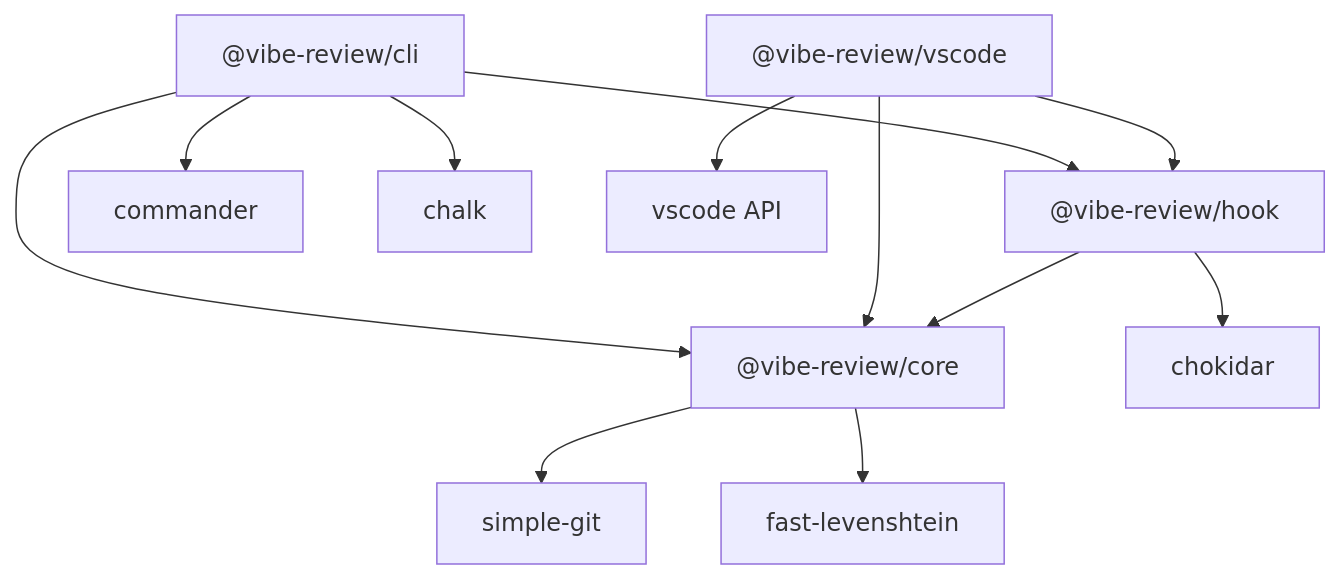
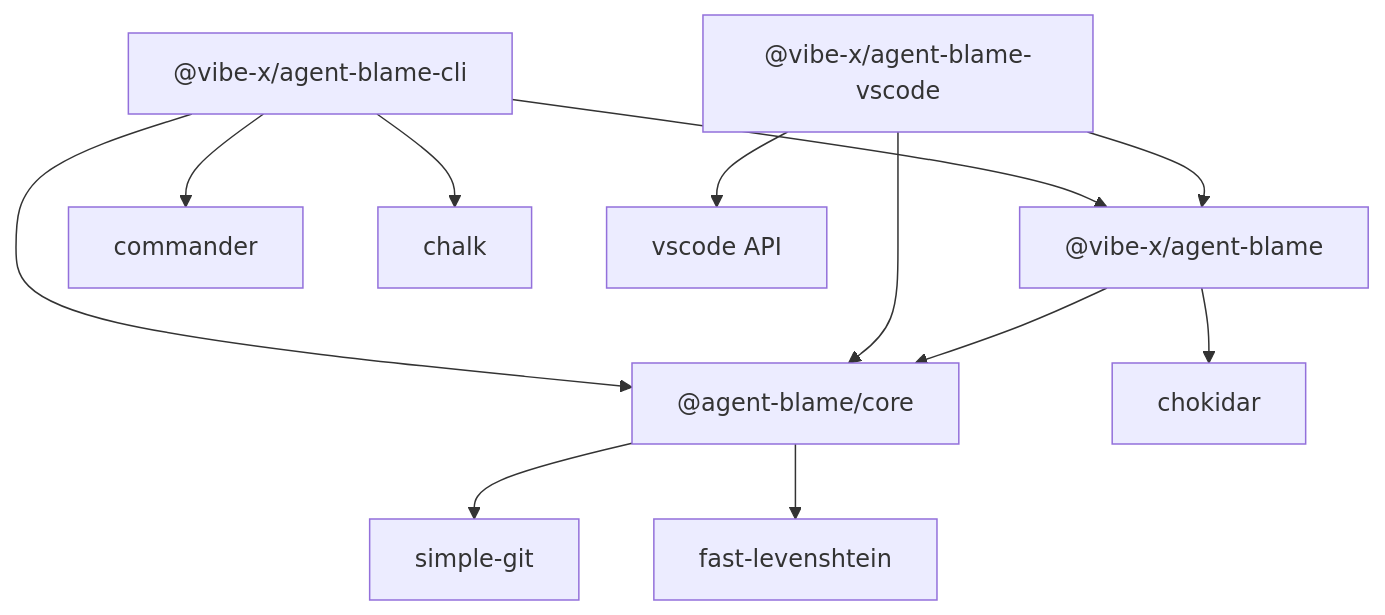
The diagram in docs/v01-mvp/architecture/index.md (alienzhou/agentlens), drawn with Mermaid before and after one commit. The commit also changed other lines of this file and 71 other files, not shown here.

First line of the commit message:
feat(vscode): implement blame service with contributor detection

````diff
--- a/docs/v01-mvp/architecture/index.md
+++ b/docs/v01-mvp/architecture/index.md
@@ -58,22 +58,22 @@
 ```mermaid
 graph TD
-    CLI["@vibe-review/cli"]
-    VSCode["@vibe-review/vscode"]
-    Hook["@vibe-review/hook"]
-    Core["@vibe-review/core"]
+    CLI["@vibe-x/agent-blame-cli"]
+    VSCode["@vibe-x/agent-blame-vscode"]
+    Hook["@vibe-x/agent-blame"]
+    Core["@agent-blame/core"]
     
     CLI --> Core
     CLI --> Hook
     CLI --> Commander["commander"]
     CLI --> Chalk["chalk"]
     
     VSCode --> Core
     VSCode --> Hook
     VSCode --> VSCodeAPI["vscode API"]
     
     Hook --> Core
     Hook --> Chokidar["chokidar"]
     
     Core --> SimpleGit["simple-git"]
     Core --> Levenshtein["fast-levenshtein"]
 ```
````
